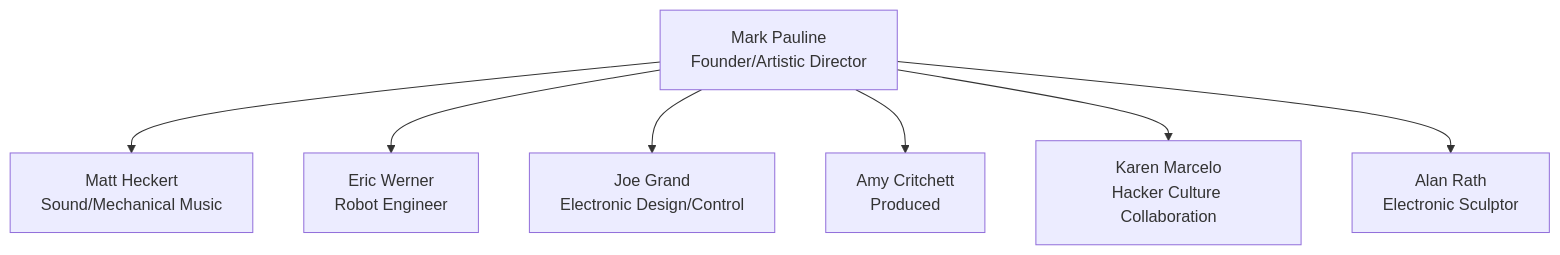
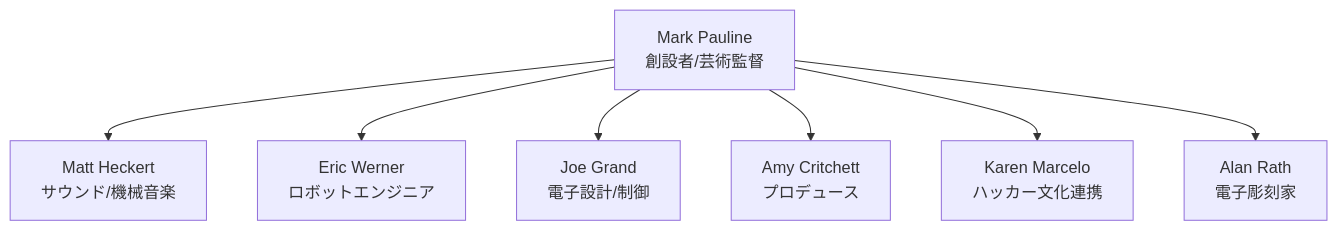
The diagram in en/_posts/2025-10-01-Column-Survival-Research-Laboratories.md (monumental-movement/monumental-movement.github.io), drawn with Mermaid before and after one commit. The commit also changed other lines of this file and 1724 other files, not shown here.

```diff
--- a/en/_posts/2025-10-01-Column-Survival-Research-Laboratories.md
+++ b/en/_posts/2025-10-01-Column-Survival-Research-Laboratories.md
@@ -109,9 +107,9 @@
 <div class="mermaid">
 flowchart TD
-A[Mark Pauline<br>Founder/Artistic Director] --> B[Matt Heckert<br>Sound/Mechanical Music]
-A --> C[Eric Werner<br>Robot Engineer]
-A --> D[Joe Grand<br>Electronic Design/Control]
-A --> E[Amy Critchett<br>Produced]
-A --> F[Karen Marcelo<br>Hacker Culture Collaboration]
-A --> G[Alan Rath<br>Electronic Sculptor]
+    A[Mark Pauline<br>創設者/芸術監督] --> B[Matt Heckert<br>サウンド/機械音楽]
+    A --> C[Eric Werner<br>ロボットエンジニア]
+    A --> D[Joe Grand<br>電子設計/制御]
+    A --> E[Amy Critchett<br>プロデュース]
+    A --> F[Karen Marcelo<br>ハッカー文化連携]
+    A --> G[Alan Rath<br>電子彫刻家]
 </div>
```
